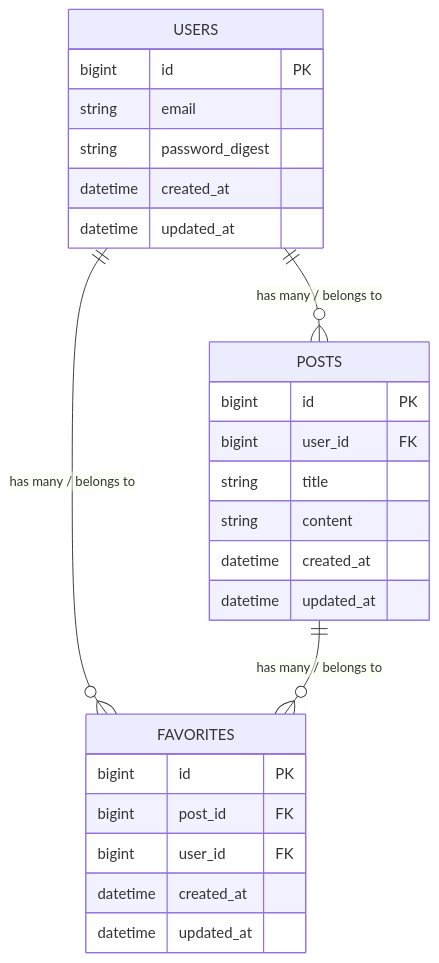
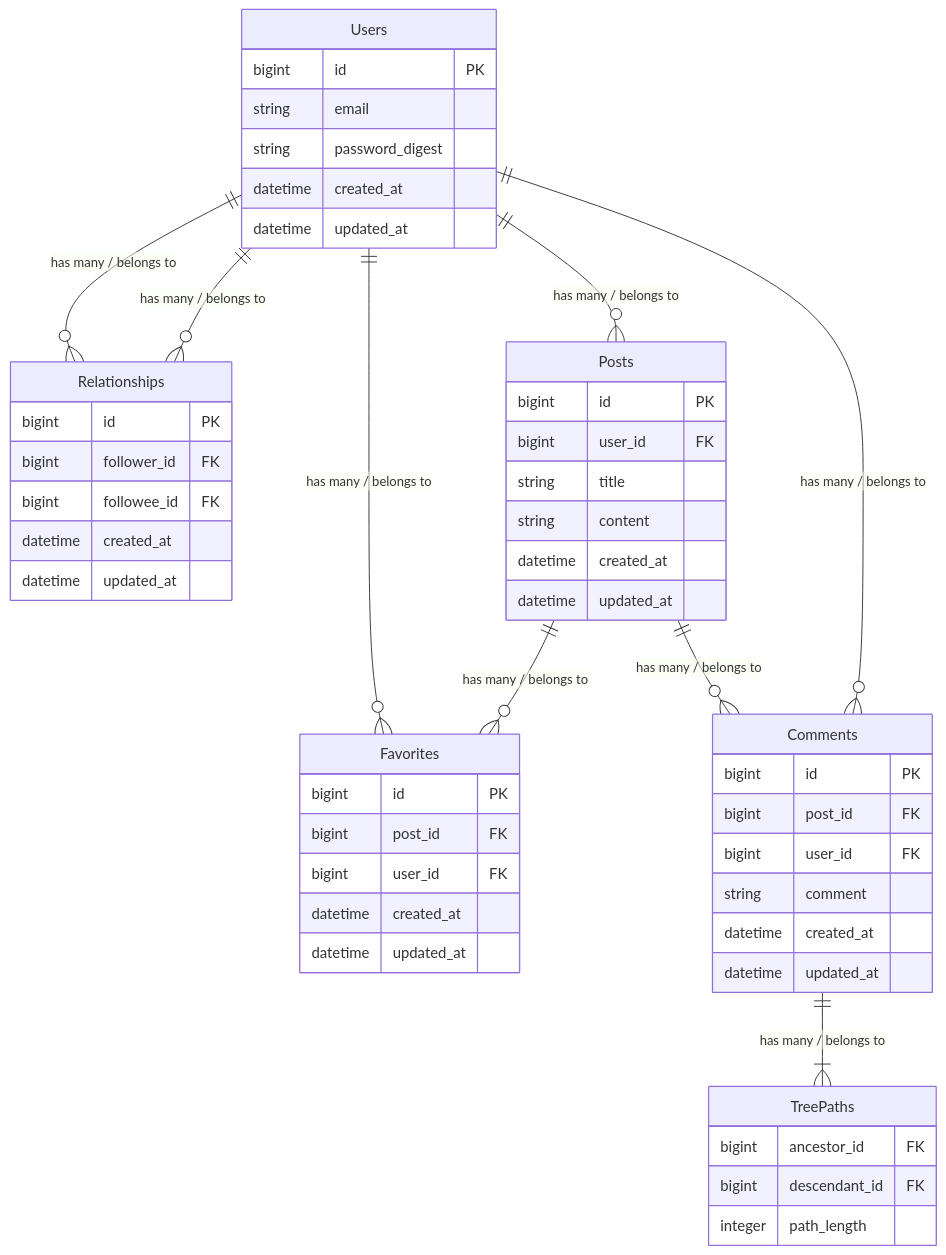
Before and after one commit to ok-os-job-change-team/tetsuya-twitter-clone-bootcamp: the diagram in er_diagram.md, drawn with Mermaid. The commit also changed other lines of this file and 28 other files, not shown here.

````diff
--- a/er_diagram.md
+++ b/er_diagram.md
@@ -1,33 +1,63 @@
 ```mermaid
 erDiagram
 
 %% 1:0or多
-USERS ||--o{ POSTS : "has many / belongs to"
-USERS ||--o{ FAVORITES : "has many / belongs to"
-POSTS ||--o{ FAVORITES : "has many / belongs to"
+Users ||--o{ Relationships : "has many / belongs to"
+Relationships }o--|| Users : "has many / belongs to"
+Users ||--o{ Posts : "has many / belongs to"
+Users ||--o{ Favorites : "has many / belongs to"
+Posts ||--o{ Favorites : "has many / belongs to"
+Posts ||--o{ Comments : "has many / belongs to"
+Users ||--o{ Comments : "has many / belongs to"
 
- USERS {
+%% 1:1or多
+Comments ||--|{ TreePaths : "has many / belongs to"
+
+Users {
   bigint id PK
   string email
   string password_digest
   datetime created_at
   datetime updated_at
 }
 
-POSTS {
+Posts {
   bigint id PK
   bigint user_id FK
   string title
   string content
   datetime created_at
   datetime updated_at
 }
 
-FAVORITES {
+Favorites {
   bigint id PK
   bigint post_id FK
   bigint user_id FK
   datetime created_at
   datetime updated_at
 }
+
+Relationships {
+  bigint id PK
+  bigint follower_id FK
+  bigint followee_id FK
+  datetime created_at
+  datetime updated_at
+}
+
+Comments {
+  bigint id PK
+  bigint post_id FK
+  bigint user_id FK
+  string comment
+  datetime created_at
+  datetime updated_at
+}
+
+TreePaths {
+  bigint ancestor_id FK
+  bigint descendant_id FK
+  integer path_length
+}
 ```
````
